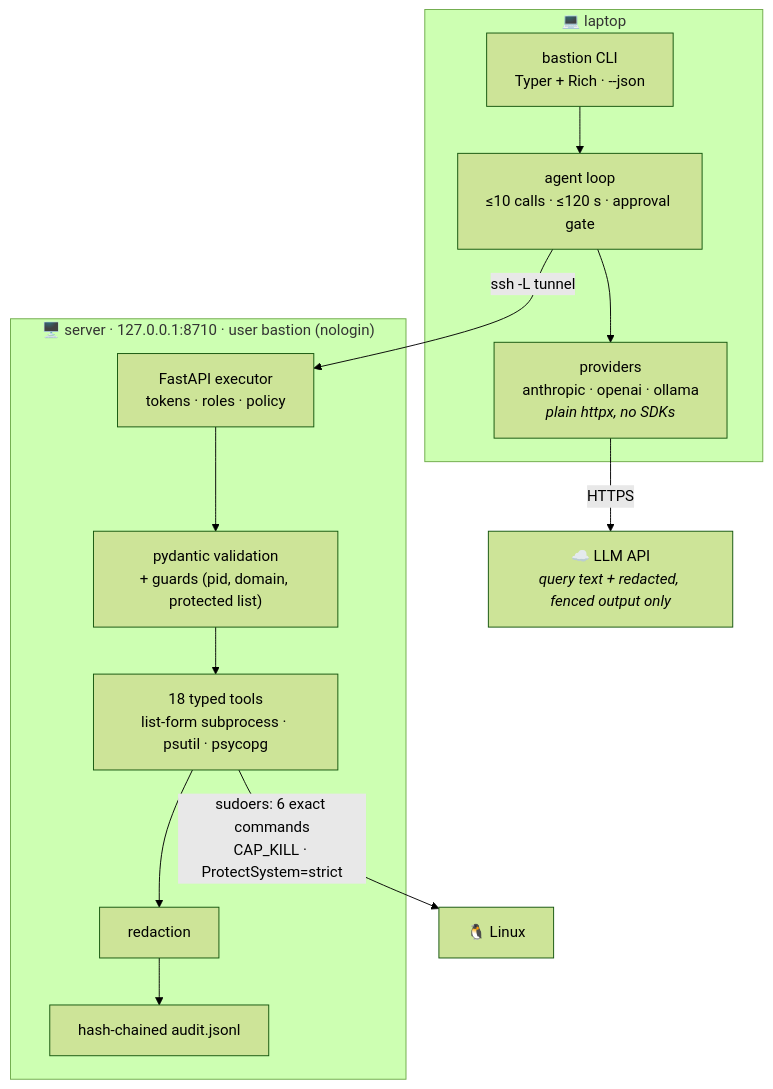
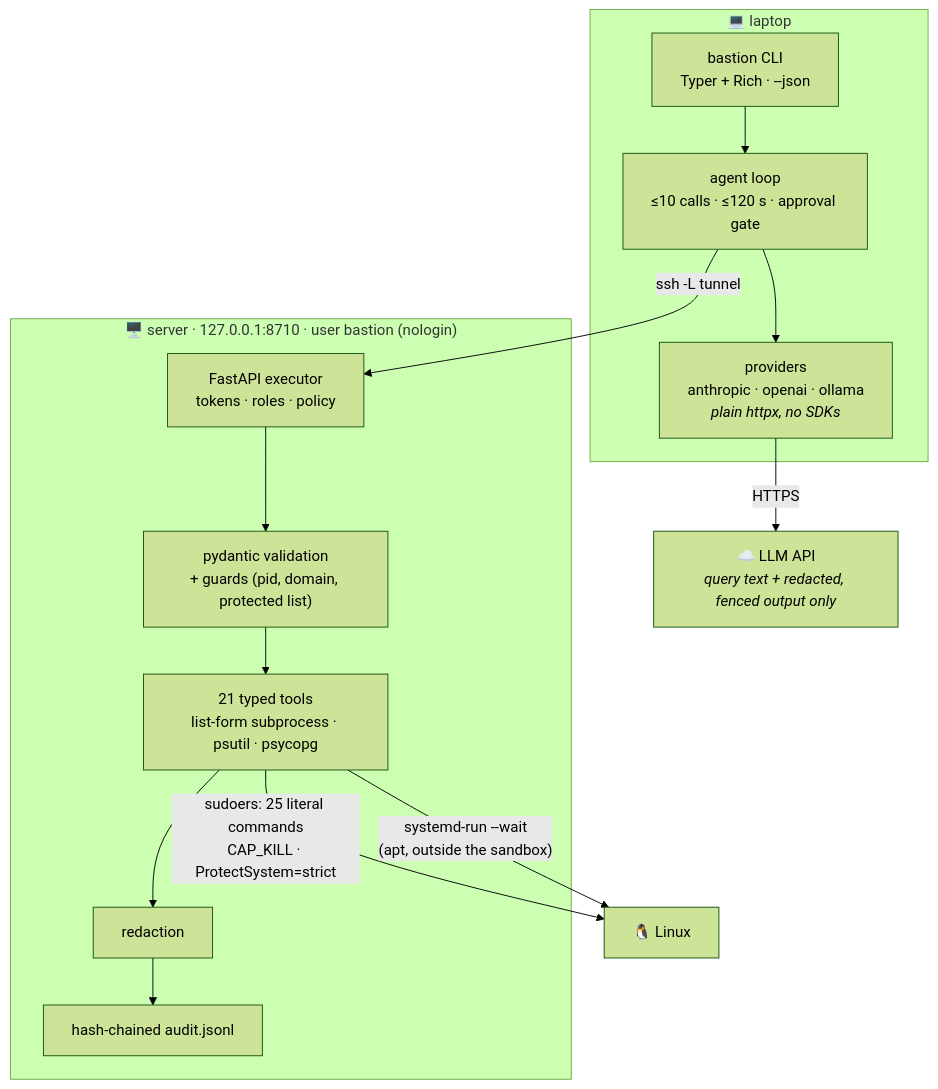
Before and after one commit to itsrajverma/bastion: the third of 4 diagrams in README.md, drawn with Mermaid (forest theme). The commit also changed other lines of this file and 6 other files, not shown here.

````diff
--- a/README.md
+++ b/README.md
@@ -255,20 +262,21 @@
 ```mermaid
 flowchart TB
     subgraph Laptop["💻 laptop"]
         CLI["bastion CLI<br/>Typer + Rich · --json"]
         LOOP["agent loop<br/>≤10 calls · ≤120 s · approval gate"]
         PROV["providers<br/>anthropic · openai · ollama<br/><i>plain httpx, no SDKs</i>"]
         CLI --> LOOP --> PROV
     end
     subgraph Server["🖥️ server · 127.0.0.1:8710 · user bastion (nologin)"]
         API["FastAPI executor<br/>tokens · roles · policy"]
         VAL["pydantic validation<br/>+ guards (pid, domain, protected list)"]
-        TOOLS["18 typed tools<br/>list-form subprocess · psutil · psycopg"]
+        TOOLS["21 typed tools<br/>list-form subprocess · psutil · psycopg"]
         RED["redaction"]
         AUD["hash-chained audit.jsonl"]
         API --> VAL --> TOOLS --> RED --> AUD
     end
     LOOP -- "ssh -L tunnel" --> API
     PROV -- "HTTPS" --> LLMAPI["☁️ LLM API<br/><i>query text + redacted, fenced output only</i>"]
-    TOOLS -- "sudoers: 6 exact commands<br/>CAP_KILL · ProtectSystem=strict" --> OS["🐧 Linux"]
+    TOOLS -- "sudoers: 25 literal commands<br/>CAP_KILL · ProtectSystem=strict" --> OS["🐧 Linux"]
+    TOOLS -- "systemd-run --wait<br/>(apt, outside the sandbox)" --> OS
 ```
````
